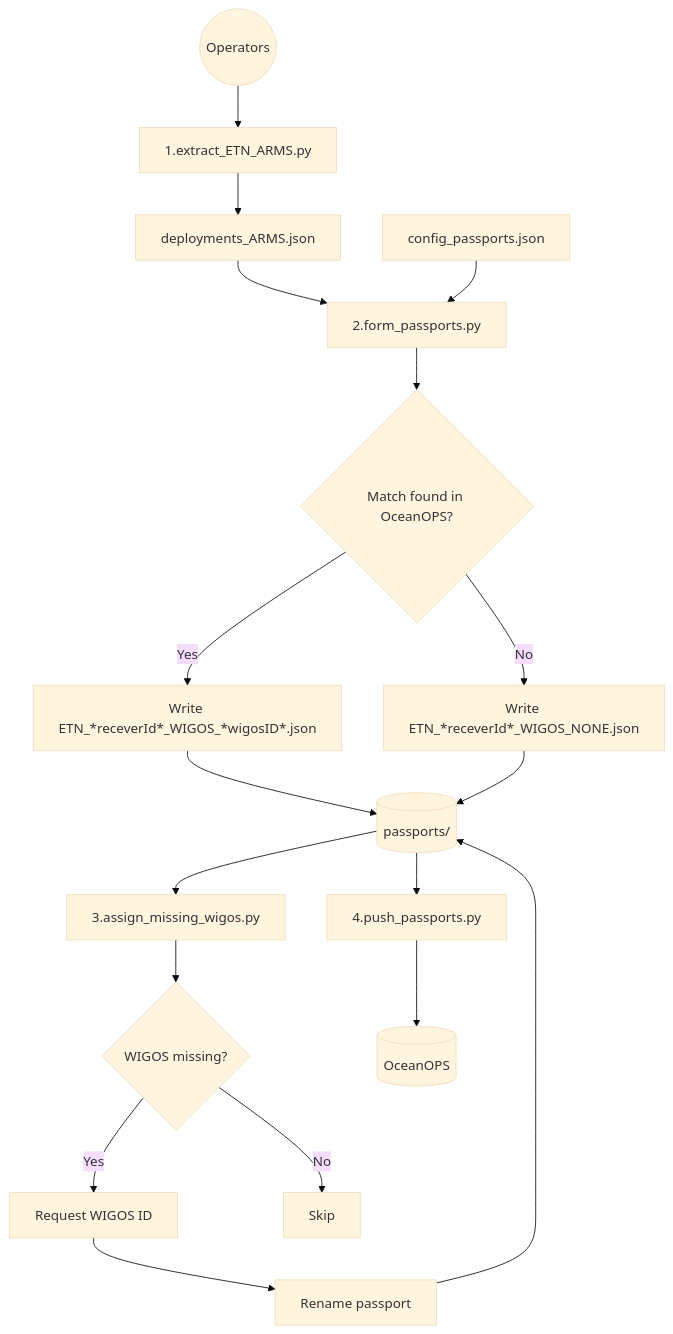
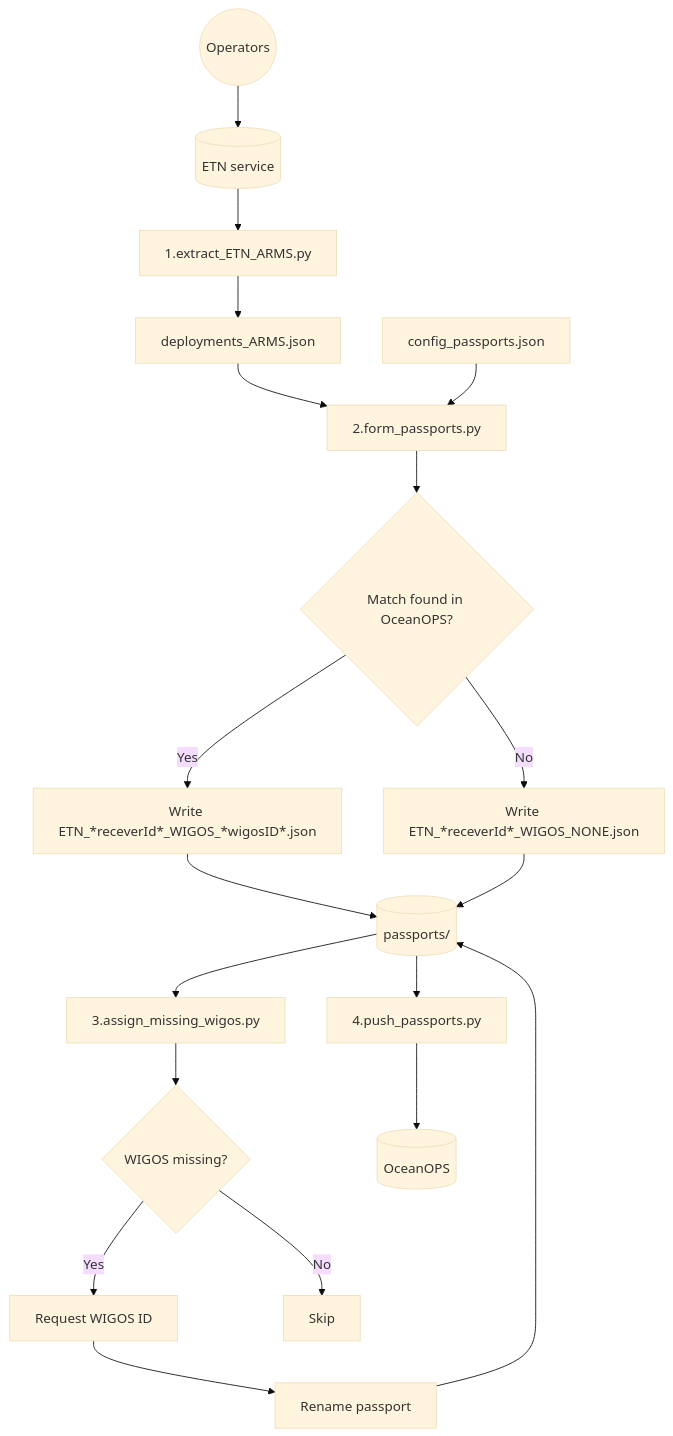
One commit to willem0boone/Passports_OceanOps changed the diagram in 1.ARMS/docs/schema.md. Above: the diagram before and after it, drawn with Mermaid (base theme).

Commit message:
udpate docs arms

````diff
--- a/1.ARMS/docs/schema.md
+++ b/1.ARMS/docs/schema.md
@@ -3,27 +3,28 @@
 ```mermaid
 flowchart TB
 
-A((Operators)) --> B[1.extract_ETN_ARMS.py]
-B --> C[deployments_ARMS.json]
+A((Operators)) --> B[(ETN service)]
+B --> C[1.extract_ETN_ARMS.py]
+C --> D[deployments_ARMS.json]
 
-C --> D[2.form_passports.py]
-E[config_passports.json] --> D
+D --> E[2.form_passports.py]
+F[config_passports.json] --> E
 
-D --> F{Match found in OceanOPS?}
-F -- Yes --> G[Write ETN_*receverId*_WIGOS_*wigosID*.json]
-F -- No --> H[Write ETN_*receverId*_WIGOS_NONE.json]
+E --> G{Match found in OceanOPS?}
+G -- Yes --> H[Write ETN_*receverId*_WIGOS_*wigosID*.json]
+G -- No --> I[Write ETN_*receverId*_WIGOS_NONE.json]
 
-G --> I[(passports/)]
-H --> I
+H --> J[(passports/)]
+I --> J
 
-I --> J[3.assign_missing_wigos.py]
-J --> K{WIGOS missing?}
-K -- Yes --> L[Request WIGOS ID]
-L --> M[Rename passport]
-K -- No --> N[Skip]
+J --> K[3.assign_missing_wigos.py]
+K --> L{WIGOS missing?}
+L -- Yes --> M[Request WIGOS ID]
+M --> N[Rename passport]
+L -- No --> O[Skip]
 
-M --> I
+N --> J
 
-I --> O[4.push_passports.py]
-O --> P[(OceanOPS)]
+J --> P[4.push_passports.py]
+P --> Q[(OceanOPS)]
 ```
````
